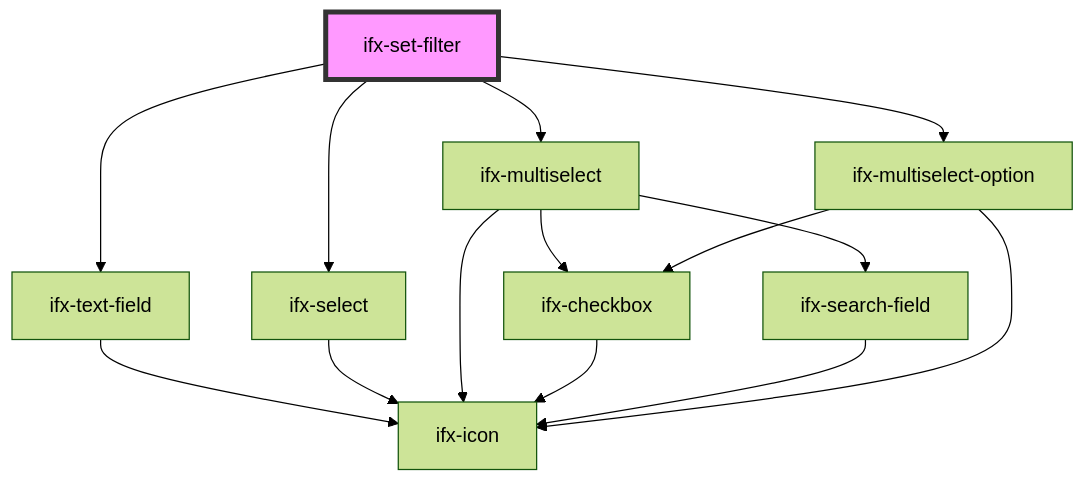
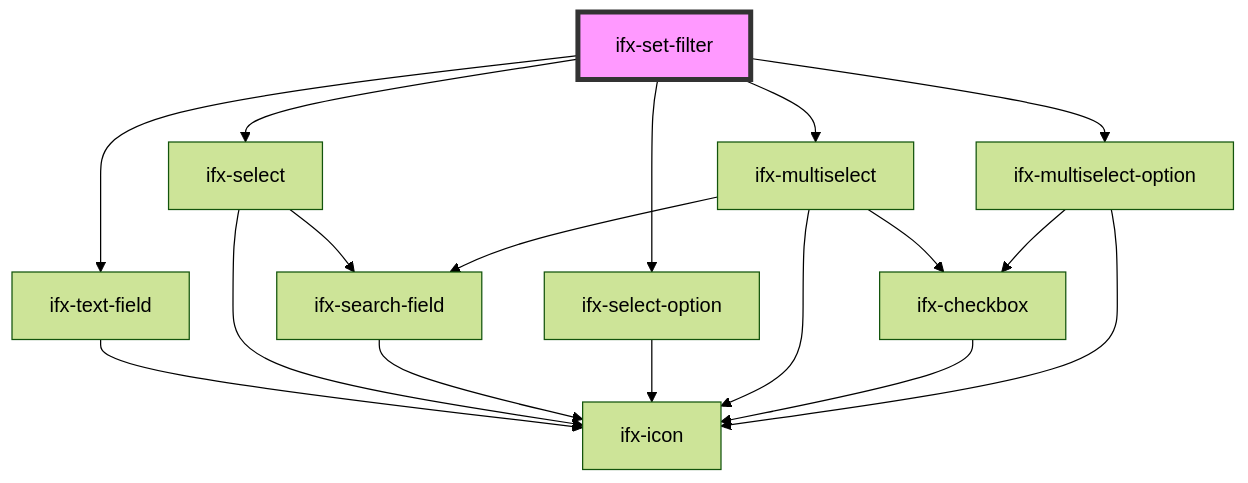
One commit to Infineon/infineon-design-system-stencil changed the diagram in packages/components/src/components/table-advanced-version/set-filter/readme.md. Above: the diagram before and after it, drawn with Mermaid (forest theme). The commit also changed other lines of this file and 39 other files, not shown here.

````diff
--- a/packages/components/src/components/table-advanced-version/set-filter/readme.md
+++ b/packages/components/src/components/table-advanced-version/set-filter/readme.md
@@ -36,17 +37,20 @@
 ```mermaid
 graph TD;
   ifx-set-filter --> ifx-text-field
   ifx-set-filter --> ifx-select
+  ifx-set-filter --> ifx-select-option
   ifx-set-filter --> ifx-multiselect
   ifx-set-filter --> ifx-multiselect-option
   ifx-text-field --> ifx-icon
+  ifx-select --> ifx-search-field
   ifx-select --> ifx-icon
+  ifx-search-field --> ifx-icon
+  ifx-select-option --> ifx-icon
   ifx-multiselect --> ifx-checkbox
   ifx-multiselect --> ifx-search-field
   ifx-multiselect --> ifx-icon
   ifx-checkbox --> ifx-icon
-  ifx-search-field --> ifx-icon
   ifx-multiselect-option --> ifx-icon
   ifx-multiselect-option --> ifx-checkbox
   style ifx-set-filter fill:#f9f,stroke:#333,stroke-width:4px
 ```
````
